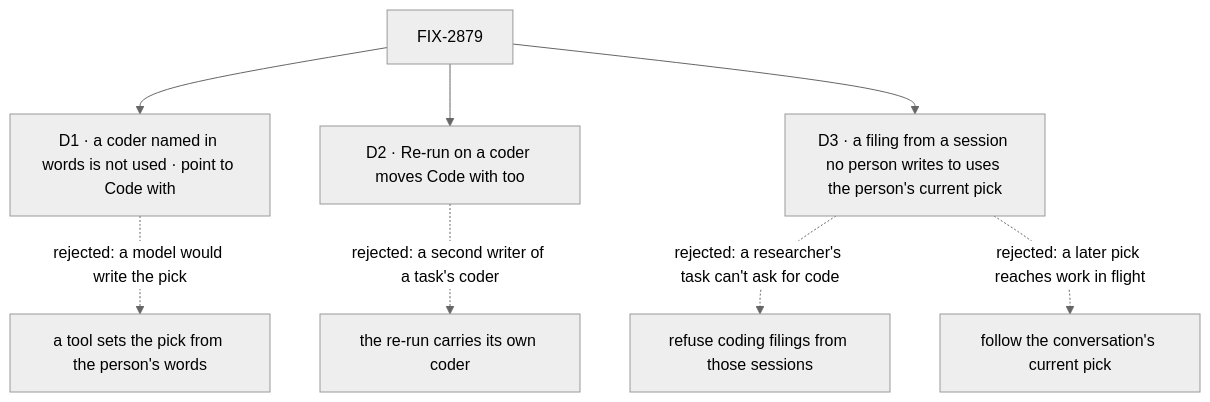
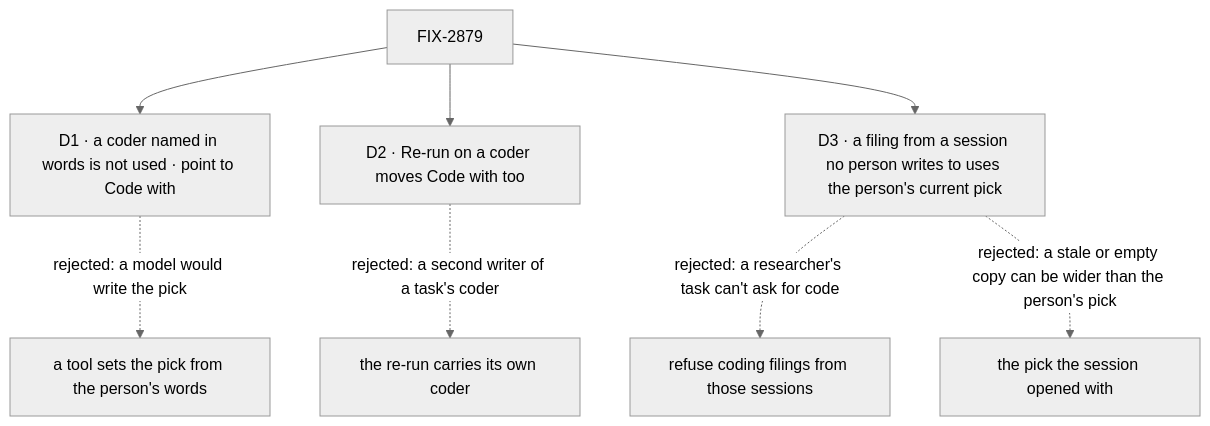
One commit to fixpoint-labs/flow-state-dev changed the diagram in specs/issues/FIX-2879/DECISIONS.md. Above: the diagram before and after it, drawn with Mermaid (neutral theme). The commit also changed 1 other file, not shown here.

Commit message:
spec(FIX-2879): fix stale D3 tree option and Not-done-if line (Gitar)
Claude-Session: https://claude.ai/code/session_011UNkLDgkvdkaxQz9yMSUdw

````diff
--- a/specs/issues/FIX-2879/DECISIONS.md
+++ b/specs/issues/FIX-2879/DECISIONS.md
@@ -13,10 +13,10 @@
 ```mermaid
 flowchart TD
   I["FIX-2879"] --> D1["D1 · a coder named in words is not used · point to Code with"]
   D1 -.->|"rejected: a model would write the pick"| X1["a tool sets the pick from the person's words"]
   I --> D2["D2 · Re-run on a coder moves Code with too"]
   D2 -.->|"rejected: a second writer of a task's coder"| X2["the re-run carries its own coder"]
   I --> D3["D3 · a filing from a session no person writes to uses the person's current pick"]
   D3 -.->|"rejected: a researcher's task can't ask for code"| X3["refuse coding filings from those sessions"]
-  D3 -.->|"rejected: a later pick reaches work in flight"| X4["follow the conversation's current pick"]
+  D3 -.->|"rejected: a stale or empty copy can be wider than the person's pick"| X4["the pick the session opened with"]
 ```
````
